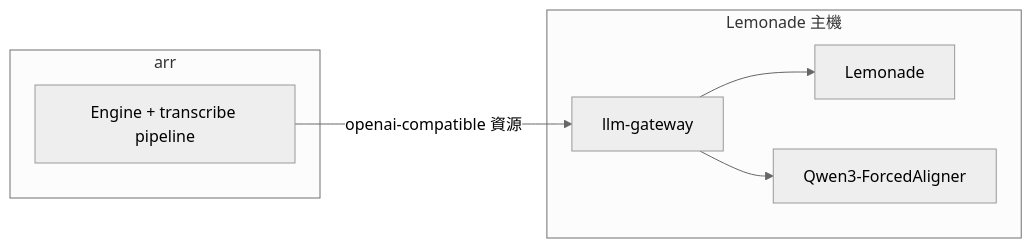
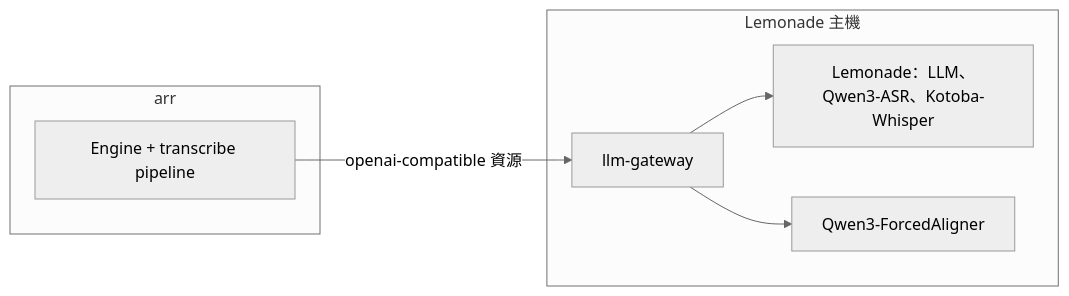
One commit to lanyitin/runline changed the second of 2 diagrams in docs/stable/transcribe-scenes/README.md. Above: the diagram before and after it, drawn with Mermaid (neutral theme). The commit also changed other lines of this file and 14 other files, not shown here.

````diff
--- a/docs/stable/transcribe-scenes/README.md
+++ b/docs/stable/transcribe-scenes/README.md
@@ -36,11 +37,11 @@
 ```mermaid
 flowchart LR
   subgraph arr
     E[Engine + transcribe pipeline]
   end
   subgraph Lemonade 主機
-    G[llm-gateway] --> L[Lemonade]
+    G[llm-gateway] --> L[Lemonade：LLM、Qwen3-ASR、Kotoba-Whisper]
     G --> A[Qwen3-ForcedAligner]
   end
   E -- openai-compatible 資源 --> G
 ```
````
